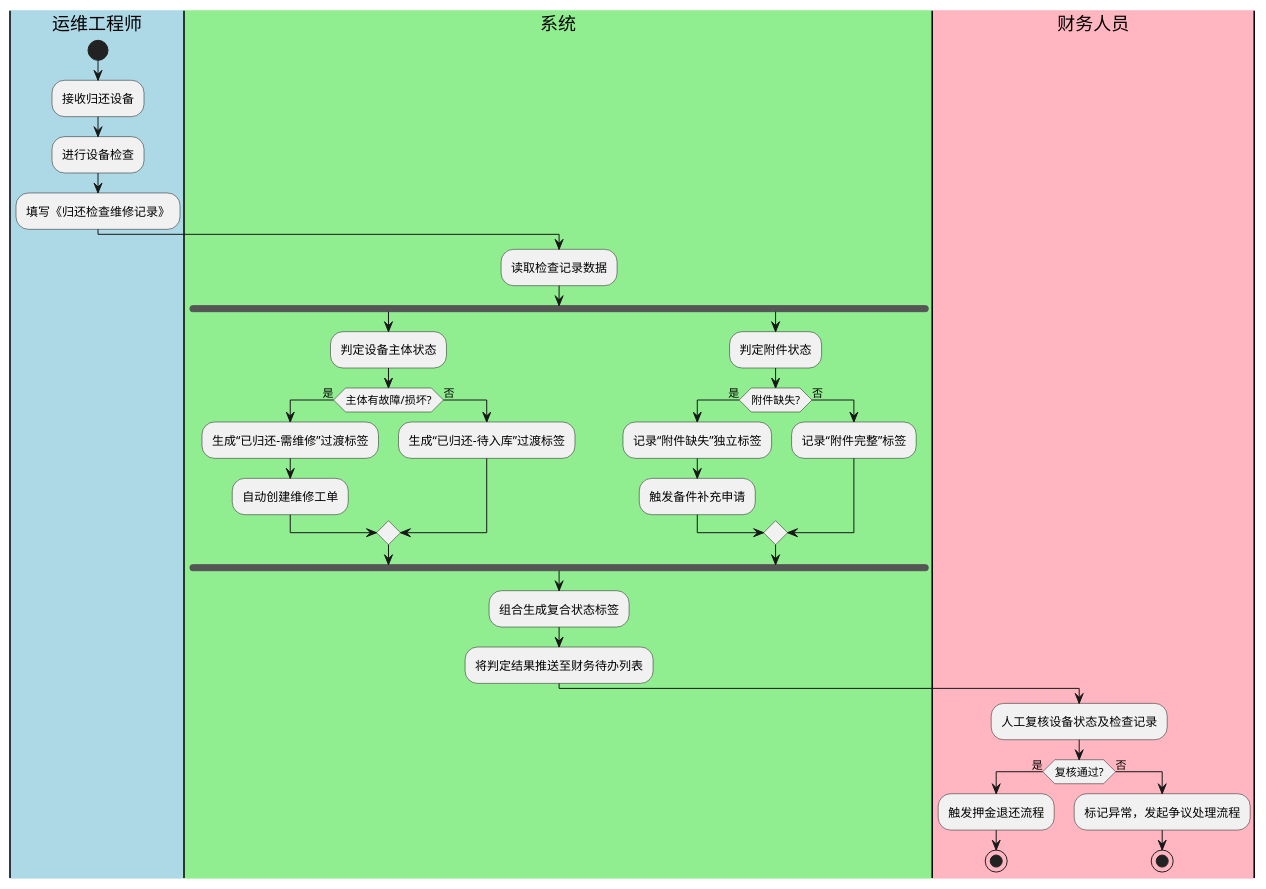
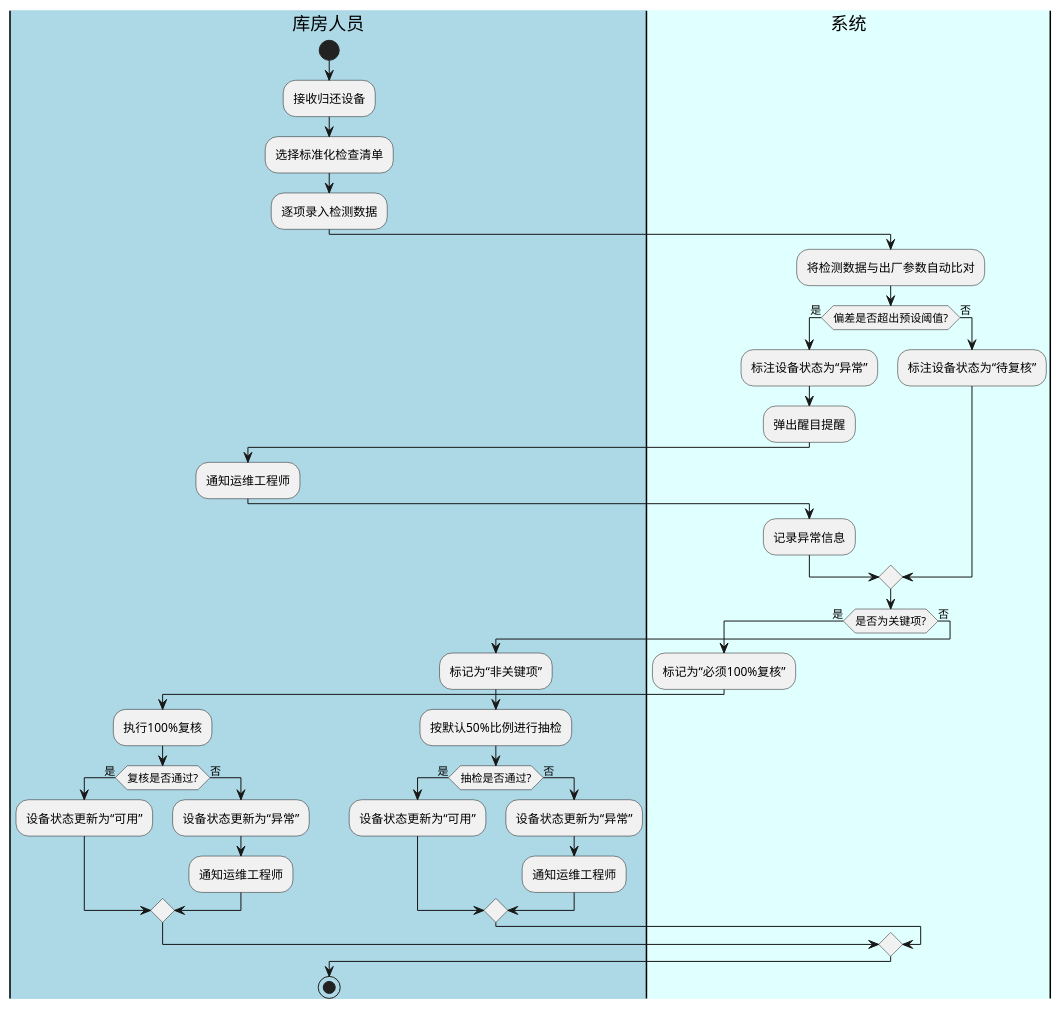
Before and after one commit to JiangHuanzhen/medical-device-rental-system: the second of 5 diagrams in .claude/knowledge-base/wiki/summaries/行为模型图-20260626-v3.puml, drawn with PlantUML. The commit also changed other lines of this file and 223 other files, not shown here.

```diff
--- a/.claude/knowledge-base/wiki/summaries/行为模型图-20260626-v3.puml
+++ b/.claude/knowledge-base/wiki/summaries/行为模型图-20260626-v3.puml
@@ -63,38 +38,42 @@
 @startuml
-|#LightBlue|运维工程师|
+|#LightBlue|库房人员|
 start
 :接收归还设备;
-:进行设备检查;
-:填写《归还检查维修记录》;
-|#LightGreen|系统|
-:读取检查记录数据;
-fork
-  :判定设备主体状态;
-  if (主体有故障/损坏?) then (是)
-    :生成“已归还-需维修”过渡标签;
-    :自动创建维修工单;
+:选择标准化检查清单;
+:逐项录入检测数据;
+|#LightCyan|系统|
+:将检测数据与出厂参数自动比对;
+if (偏差是否超出预设阈值?) then (是)
+  :标注设备状态为“异常”;
+  :弹出醒目提醒;
+  |#LightBlue|库房人员|
+  :通知运维工程师;
+  |#LightCyan|系统|
+  :记录异常信息;
+else (否)
+  :标注设备状态为“待复核”;
+endif
+|#LightCyan|系统|
+if (是否为关键项?) then (是)
+  :标记为“必须100%复核”;
+  |#LightBlue|库房人员|
+  :执行100%复核;
+  if (复核是否通过?) then (是)
+    :设备状态更新为“可用”;
   else (否)
-    :生成“已归还-待入库”过渡标签;
+    :设备状态更新为“异常”;
+    :通知运维工程师;
   endif
-fork again
-  :判定附件状态;
-  if (附件缺失?) then (是)
-    :记录“附件缺失”独立标签;
-    :触发备件补充申请;
+else (否)
+  :标记为“非关键项”;
+  :按默认50%比例进行抽检;
+  if (抽检是否通过?) then (是)
+    :设备状态更新为“可用”;
   else (否)
-    :记录“附件完整”标签;
+    :设备状态更新为“异常”;
+    :通知运维工程师;
   endif
-end fork
-:组合生成复合状态标签;
-:将判定结果推送至财务待办列表;
-|#LightPink|财务人员|
-:人工复核设备状态及检查记录;
-if (复核通过?) then (是)
-  :触发押金退还流程;
-  stop
-else (否)
-  :标记异常，发起争议处理流程;
-  stop
 endif
+stop
 
 @enduml
```
